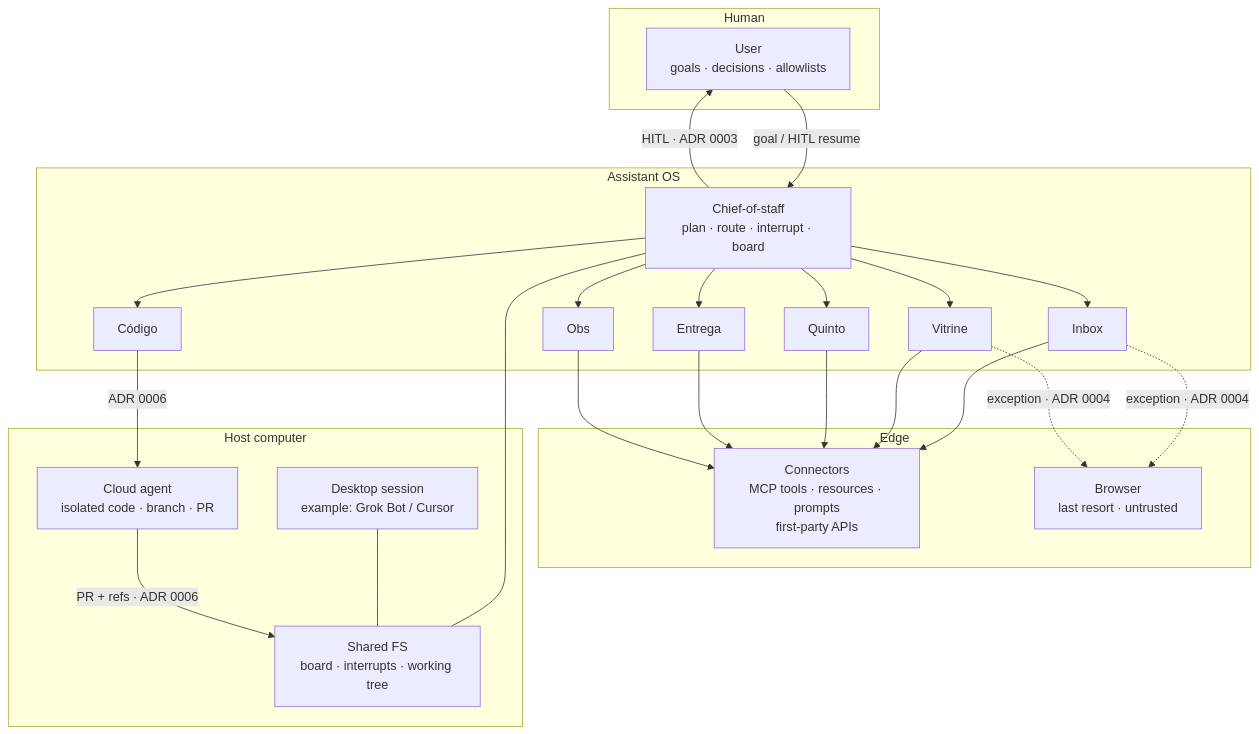
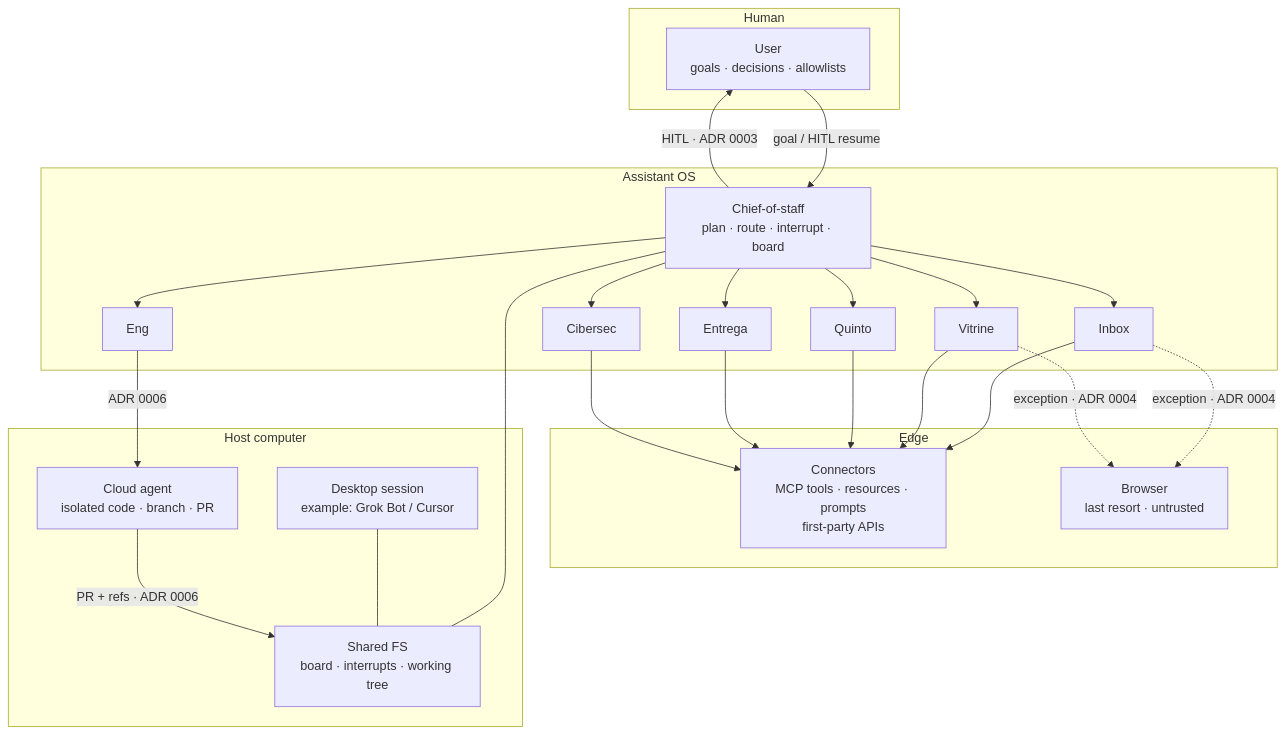
The diagram in docs/architecture.md (tiagovilasboas/grok-bot-architecture), drawn with Mermaid before and after one commit. The commit also changed other lines of this file and 1 other file, not shown here.

Commit message:
docs: align README and architecture crew labels

````diff
--- a/docs/architecture.md
+++ b/docs/architecture.md
@@ -7,47 +7,47 @@
 ```mermaid
 flowchart TB
   subgraph human [Human]
     User["User<br/>goals · decisions · allowlists"]
   end
 
   subgraph os [Assistant OS]
     CoS["Chief-of-staff<br/>plan · route · interrupt · board"]
     Inbox["Inbox"]
-    Codigo["Código"]
+    Eng["Eng"]
     Vitrine["Vitrine"]
     Quinto["Quinto"]
     Entrega["Entrega"]
-    Obs["Obs"]
+    Cibersec["Cibersec"]
   end
 
   subgraph edge [Edge]
     Conn["Connectors<br/>MCP tools · resources · prompts<br/>first-party APIs"]
     Browser["Browser<br/>last resort · untrusted"]
   end
 
   subgraph machine [Host computer]
     Desktop["Desktop session<br/>example: Grok Bot / Cursor"]
     Files["Shared FS<br/>board · interrupts · working tree"]
     Cloud["Cloud agent<br/>isolated code · branch · PR"]
   end
 
   User -->|"goal / HITL resume"| CoS
   CoS --> Inbox
-  CoS --> Codigo
+  CoS --> Eng
   CoS --> Vitrine
   CoS --> Quinto
   CoS --> Entrega
-  CoS --> Obs
+  CoS --> Cibersec
   Inbox --> Conn
   Vitrine --> Conn
   Quinto --> Conn
   Entrega --> Conn
-  Obs --> Conn
+  Cibersec --> Conn
   Inbox -.->|"exception · ADR 0004"| Browser
   Vitrine -.->|"exception · ADR 0004"| Browser
-  Codigo -->|"ADR 0006"| Cloud
+  Eng -->|"ADR 0006"| Cloud
   CoS --- Files
   Desktop --- Files
   Cloud -->|"PR + refs · ADR 0006"| Files
   CoS -->|"HITL · ADR 0003"| User
 ```
````
